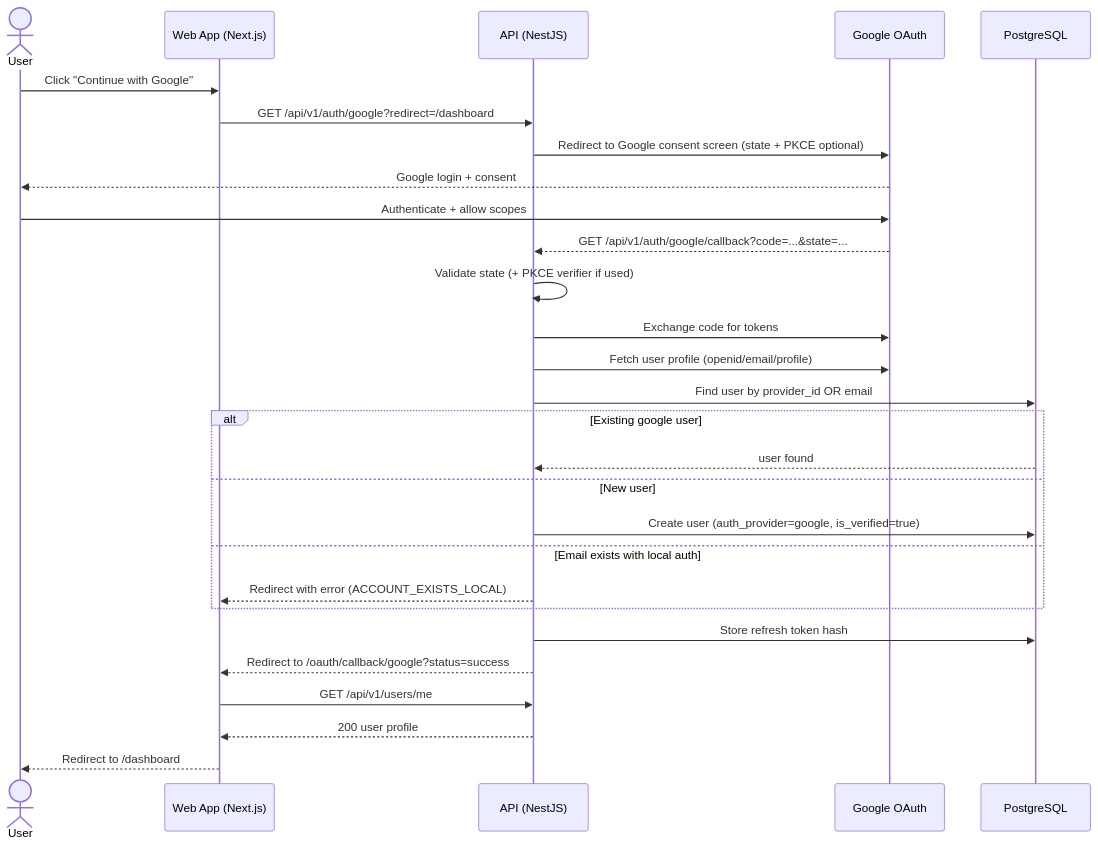
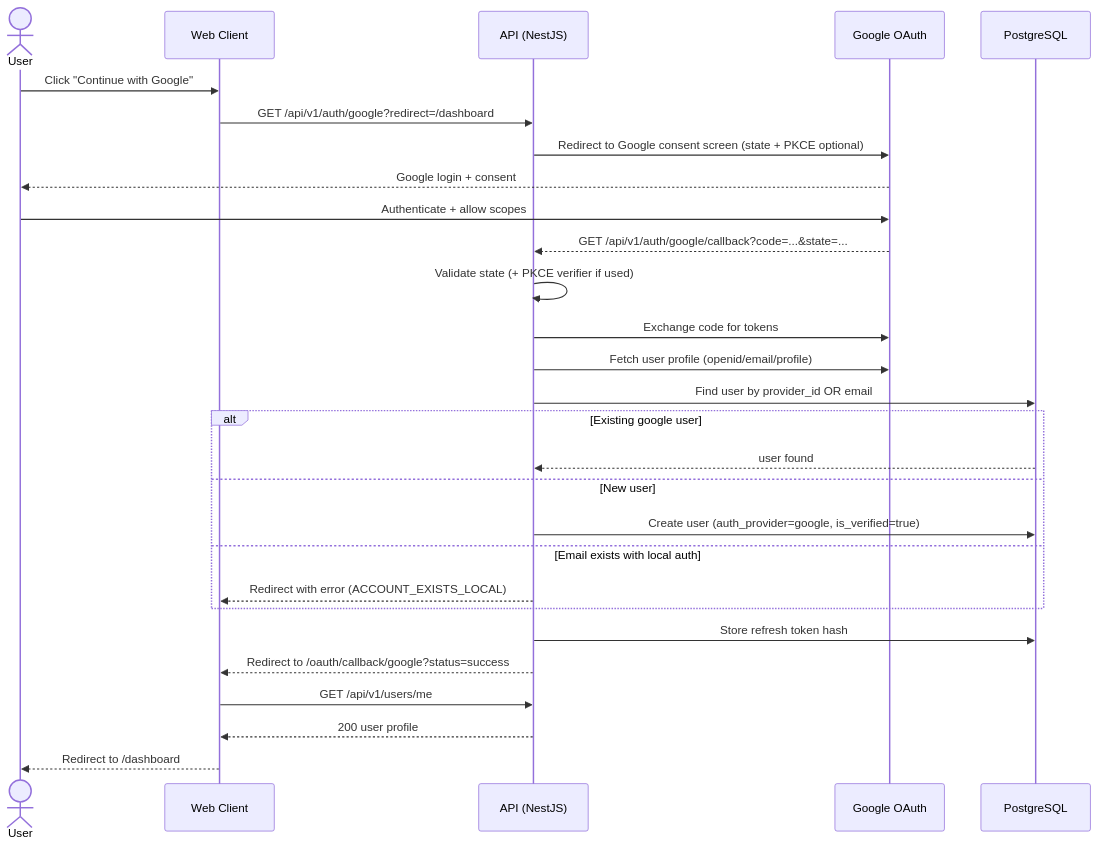
One commit to Rick1330/collabsphere changed the diagram in docs/spec/04-user-flows/04.3-oauth-onboarding.md. Above: the diagram before and after it, drawn with Mermaid. The commit also changed other lines of this file and 3 other files, not shown here.

Commit message:
docs(ops): align CS-008 truth across agent and flow docs (#1479)

````diff
--- a/docs/spec/04-user-flows/04.3-oauth-onboarding.md
+++ b/docs/spec/04-user-flows/04.3-oauth-onboarding.md
@@ -151,33 +151,33 @@
 ```mermaid
 sequenceDiagram
   actor U as User
-  participant WEB as Web App (Next.js)
+  participant WEB as Web Client
   participant API as API (NestJS)
   participant G as Google OAuth
   participant DB as PostgreSQL
 
   U->>WEB: Click "Continue with Google"
   WEB->>API: GET /api/v1/auth/google?redirect=/dashboard
   API->>G: Redirect to Google consent screen (state + PKCE optional)
   G-->>U: Google login + consent
   U->>G: Authenticate + allow scopes
   G-->>API: GET /api/v1/auth/google/callback?code=...&state=...
 
   API->>API: Validate state (+ PKCE verifier if used)
   API->>G: Exchange code for tokens
   API->>G: Fetch user profile (openid/email/profile)
   API->>DB: Find user by provider_id OR email
   alt Existing google user
     DB-->>API: user found
   else New user
     API->>DB: Create user (auth_provider=google, is_verified=true)
   else Email exists with local auth
     API-->>WEB: Redirect with error (ACCOUNT_EXISTS_LOCAL)
   end
 
   API->>DB: Store refresh token hash
   API-->>WEB: Redirect to /oauth/callback/google?status=success
   WEB->>API: GET /api/v1/users/me
   API-->>WEB: 200 user profile
   WEB-->>U: Redirect to /dashboard
 ```
````
